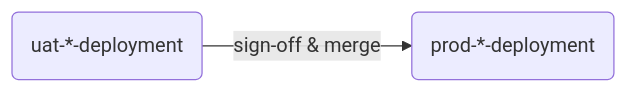
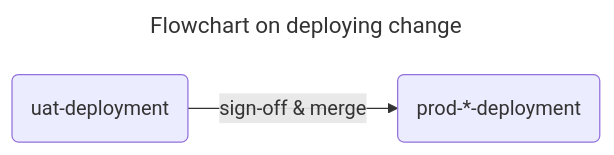
One commit to adamwan-nexplore/guidebook-nxp-hk changed the third of 3 diagrams in how-we-develop/git-workflow.md. Above: the diagram before and after it, drawn with Mermaid. The commit also changed other lines of this file and 30 other files, not shown here.

````diff
--- a/how-we-develop/git-workflow.md
+++ b/how-we-develop/git-workflow.md
@@ -27,4 +37,7 @@
 ```mermaid
+---
+title: Flowchart on deploying change
+---
 flowchart LR
-    candidate(uat-*-deployment) -->|sign-off & merge| production(prod-*-deployment)
+    candidate(uat-deployment) -->|sign-off & merge| production(prod-*-deployment)
 ```
````
